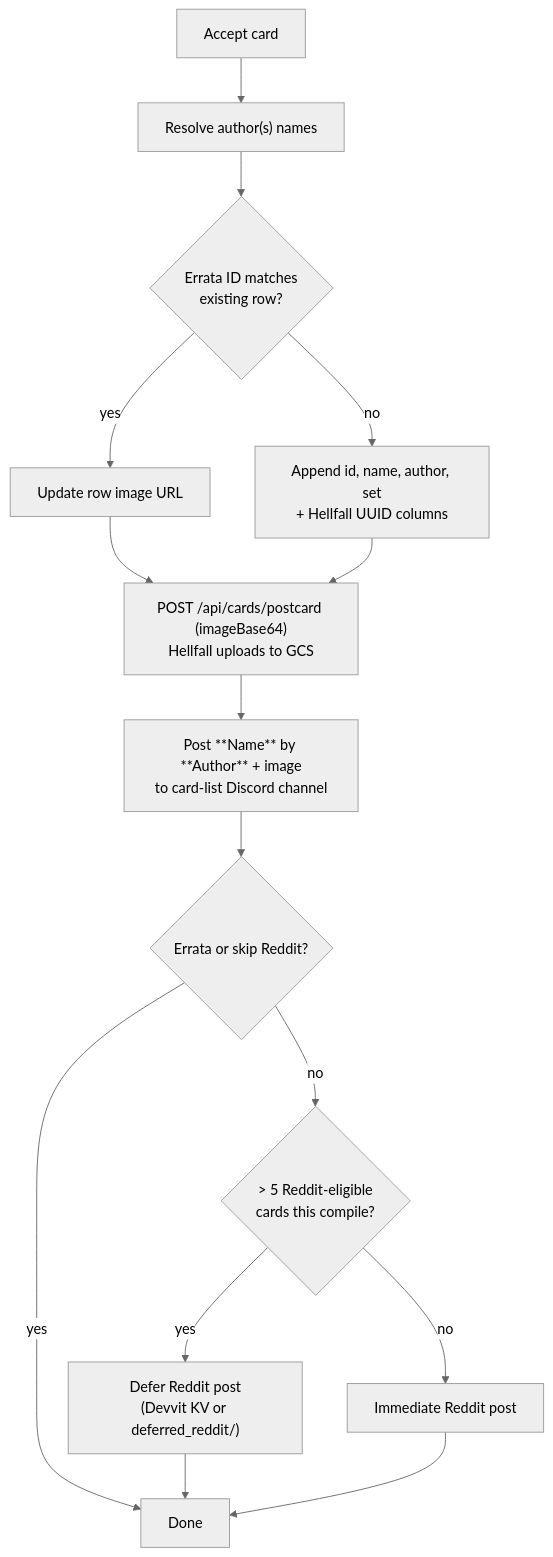
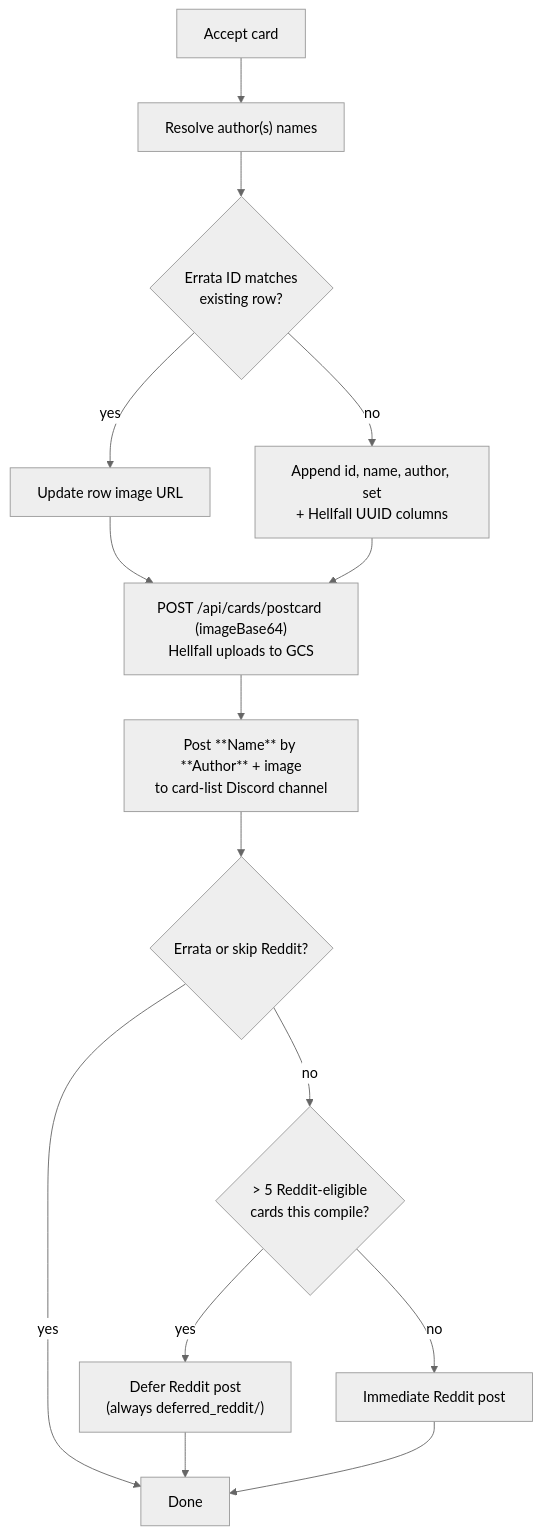
One commit to bones-bones/mork changed the first of 3 diagrams in docs/card-flows/acceptance.md. Above: the diagram before and after it, drawn with Mermaid (neutral theme). The commit also changed other lines of this file and 13 other files, not shown here.

First line of the commit message:
Keep deferred backlog on Mork; use Devvit only for catchup posts. (#181)

````diff
--- a/docs/card-flows/acceptance.md
+++ b/docs/card-flows/acceptance.md
@@ -9,19 +9,19 @@
 ```mermaid
 flowchart TD
   IN["Accept card"] --> RES["Resolve author(s) names"]
   RES --> ROW{"Errata ID matches<br/>existing row?"}
   ROW -->|yes| UPD["Update row image URL"]
   ROW -->|no| NEW["Append id, name, author, set<br/>+ Hellfall UUID columns"]
 
   UPD --> IMG
   NEW --> IMG
   IMG["POST /api/cards/postcard (imageBase64)<br/>Hellfall uploads to GCS"]
   IMG --> CL["Post **Name** by **Author** + image<br/>to card-list Discord channel"]
   CL --> RD{"Errata or skip Reddit?"}
   RD -->|yes| DONE["Done"]
   RD -->|no| BATCH{"> 5 Reddit-eligible<br/>cards this compile?"}
-  BATCH -->|yes| DEF["Defer Reddit post<br/>(Devvit KV or deferred_reddit/)"]
+  BATCH -->|yes| DEF["Defer Reddit post<br/>(always deferred_reddit/)"]
   BATCH -->|no| IMM["Immediate Reddit post"]
   DEF --> DONE
   IMM --> DONE
 ```
````
